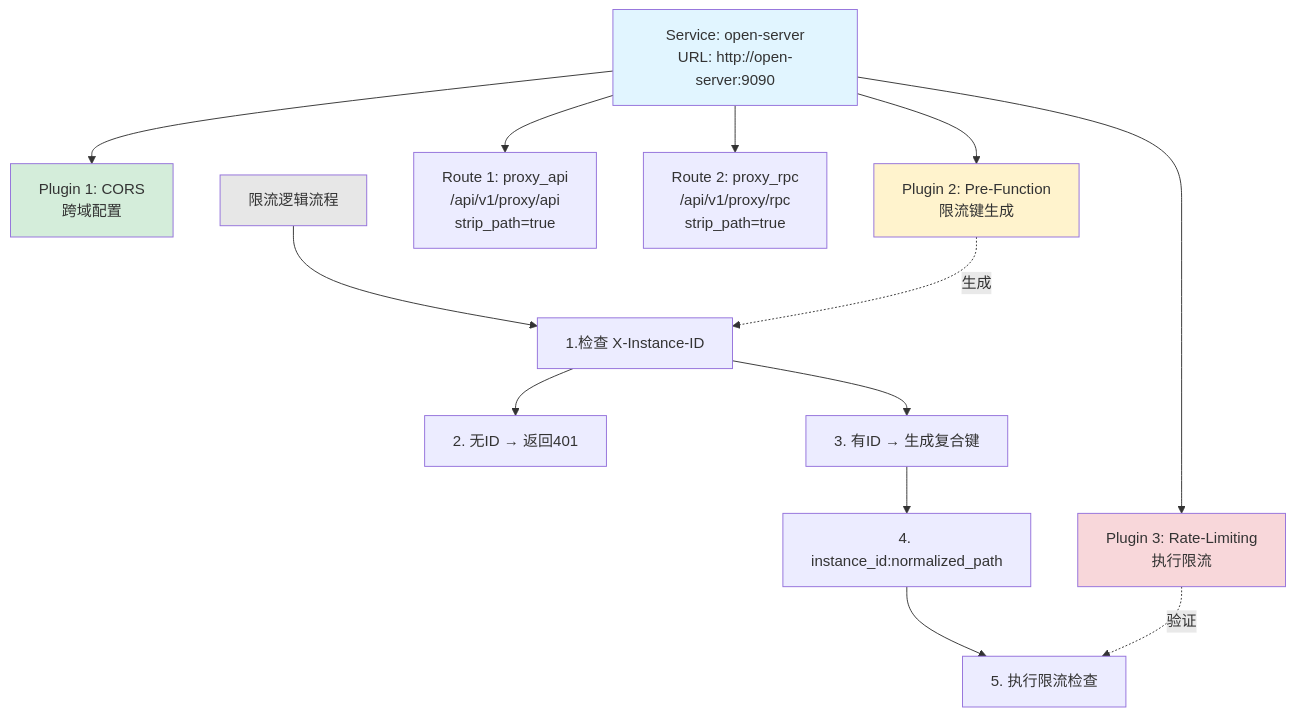
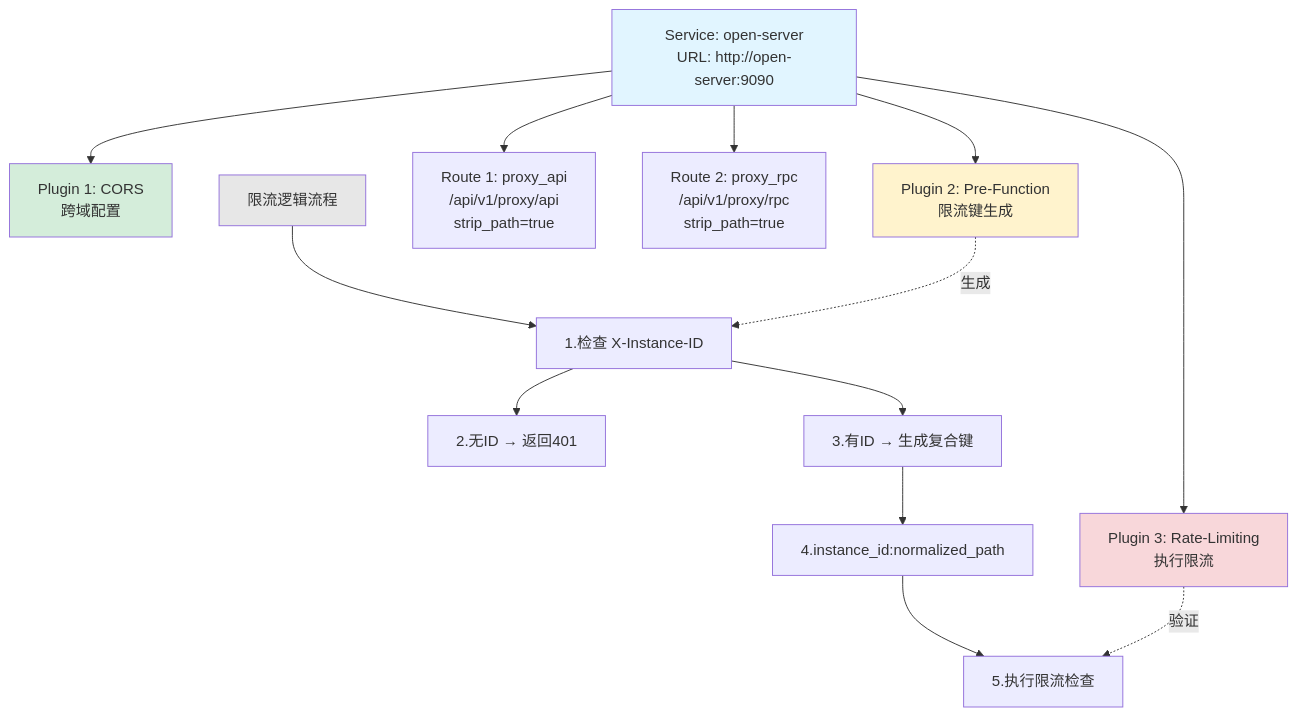
Before and after one commit to yingjianzh/iodraw-files: the diagram in all/未命名-8.md, drawn with Mermaid.

Commit message:
2025-12-10 10:59:11 update

````diff
--- a/all/未命名-8.md
+++ b/all/未命名-8.md
@@ -1,39 +1,39 @@
 ```mermaid
 graph TB
     S1[Service: open-server<br/>URL: http://open-server:9090]
     
     S1P1[Plugin 1: CORS<br/>跨域配置]
     S1P2[Plugin 2: Pre-Function<br/>限流键生成]
     S1P3[Plugin 3: Rate-Limiting<br/>执行限流]
     
     R1[Route 1: proxy_api<br/>/api/v1/proxy/api<br/>strip_path=true]
     R2[Route 2: proxy_rpc<br/>/api/v1/proxy/rpc<br/>strip_path=true]
     
     S1 --> S1P1
     S1 --> S1P2
     S1 --> S1P3
     S1 --> R1
     S1 --> R2
     
     Logic[限流逻辑流程]
     L1[1.检查 X-Instance-ID]
-    L2[2. 无ID → 返回401]
-    L3[3. 有ID → 生成复合键]
-    L4[4. instance_id:normalized_path]
-    L5[5. 执行限流检查]
+    L2[2.无ID → 返回401]
+    L3[3.有ID → 生成复合键]
+    L4[4.instance_id:normalized_path]
+    L5[5.执行限流检查]
     
     Logic --> L1
     L1 --> L2
     L1 --> L3
     L3 --> L4
     L4 --> L5
     
     S1P2 -.生成.-> L1
     S1P3 -.验证.-> L5
     
     style S1 fill:#e1f5ff
     style S1P1 fill:#d4edda
     style S1P2 fill:#fff3cd
     style S1P3 fill:#f8d7da
     style Logic fill:#e7e7e7
 ```
````
